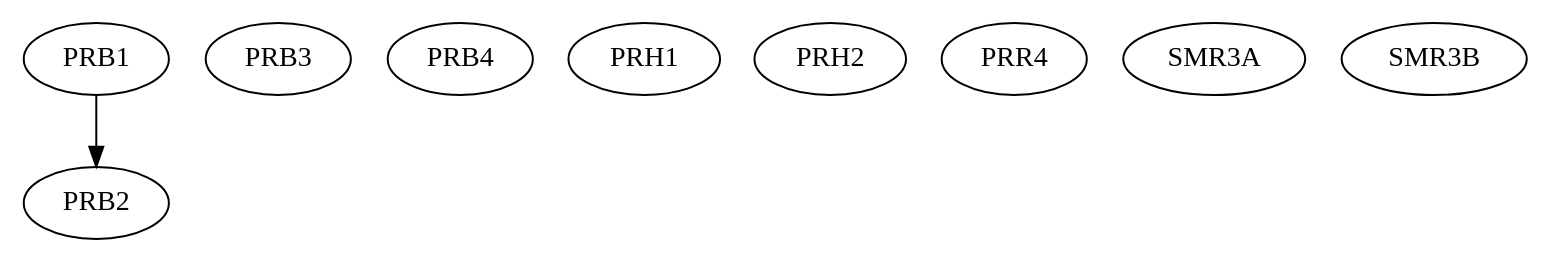
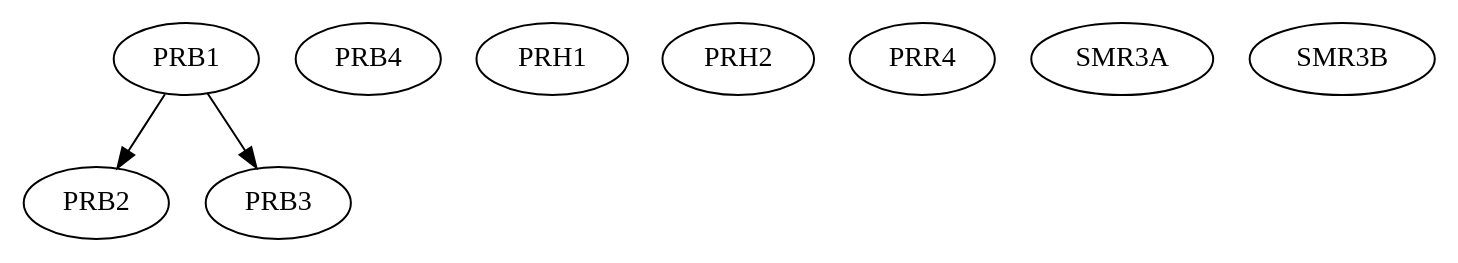
One commit to leonfrench/map-of-proteins-data changed the diagram in v6/graphs/125.graph.dot. Above: the diagram before and after it, drawn with Graphviz.

Commit message:
Another test on graphs

```diff
--- a/v6/graphs/125.graph.dot
+++ b/v6/graphs/125.graph.dot
@@ -1,12 +1,13 @@
 digraph G {
 "PRB1" -> "PRB2";
-"PRB1" ["l"="2.005052,23.294493"];
-"PRB2" ["l"="2.259923,23.361536"];
-"PRB3" ["l"="2.212569,23.452602"];
+"PRB1" -> "PRB3";
+"PRB1" ["l"="23.294493,2.005052"];
+"PRB2" ["l"="23.361536,2.259923"];
+"PRB3" ["l"="23.452602,2.212569"];
 "PRB4" ["l"="2.331008,23.560740"];
 "PRH1" ["l"="2.097123,23.516792"];
 "PRH2" ["l"="2.410113,23.382036"];
 "PRR4" ["l"="2.456096,23.247524"];
 "SMR3A" ["l"="2.838786,23.274696"];
 "SMR3B" ["l"="2.963940,23.255951"];
 }
```
